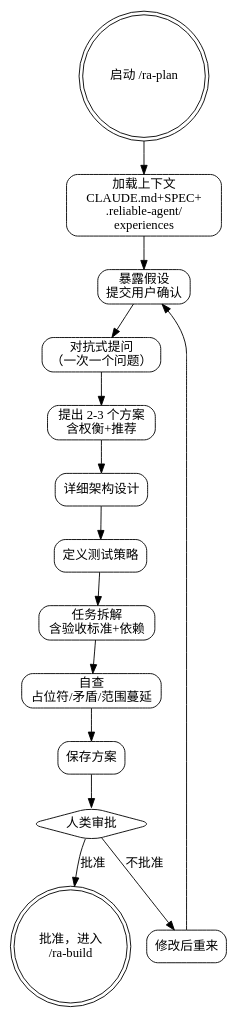
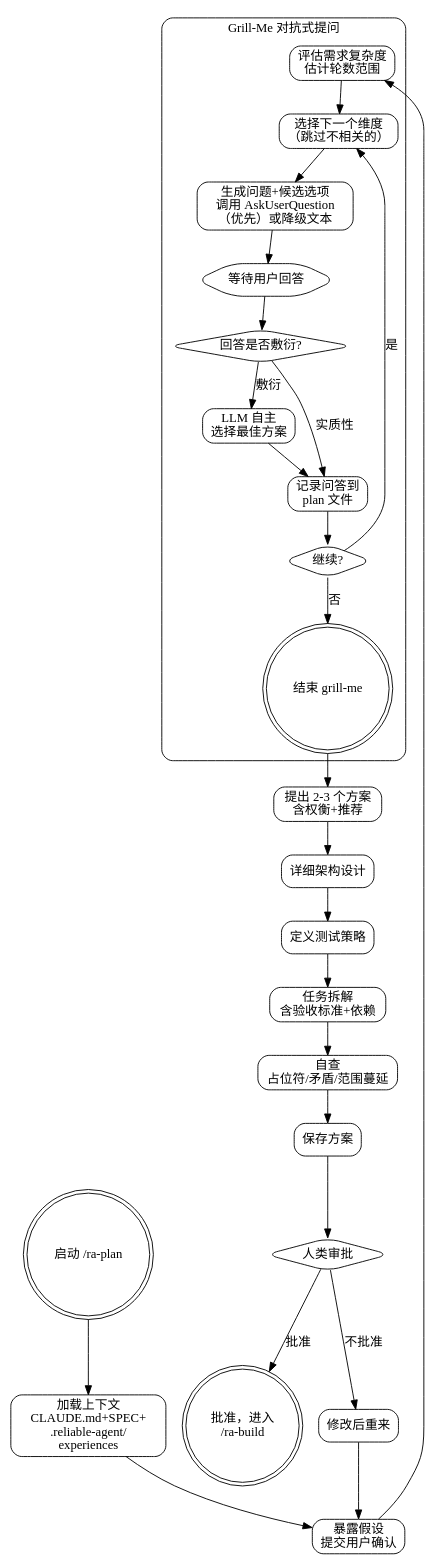
One commit to sueichen/reliable-agent changed the diagram in skills/ra-plan/SKILL.md. Above: the diagram before and after it, drawn with Graphviz. The commit also changed other lines of this file and 1 other file, not shown here.

First line of the commit message:
feat(skills): redesign ra-plan grill-me with structured interaction protocol

````diff
--- a/skills/ra-plan/SKILL.md
+++ b/skills/ra-plan/SKILL.md
@@ -28,34 +28,60 @@
 ```dot
 digraph reliable_plan {
     rankdir=TB;
     node [shape=box, style=rounded];
 
     start [label="启动 /ra-plan", shape=doublecircle];
     context_load [label="加载上下文\nCLAUDE.md+SPEC+\n.reliable-agent/\nexperiences"];
     surface [label="暴露假设\n提交用户确认"];
-    grill [label="对抗式提问\n（一次一个问题）"];
     propose [label="提出 2-3 个方案\n含权衡+推荐"];
+
+    subgraph cluster_grill {
+        label="Grill-Me 对抗式提问";
+        style=rounded;
+        node [shape=box, style=rounded];
+
+        grill_start [label="评估需求复杂度\n估计轮数范围"];
+        grill_pick [label="选择下一个维度\n（跳过不相关的）"];
+        grill_ask [label="生成问题+候选选项\n调用 AskUserQuestion\n（优先）或降级文本"];
+        grill_wait [label="等待用户回答", shape=hexagon];
+        grill_judge [label="回答是否敷衍?", shape=diamond];
+        grill_auto [label="LLM 自主\n选择最佳方案"];
+        grill_record [label="记录问答到\nplan 文件"];
+        grill_more [label="继续?", shape=diamond];
+        grill_end [label="结束 grill-me", shape=doublecircle];
+
+        grill_start -> grill_pick;
+        grill_pick -> grill_ask;
+        grill_ask -> grill_wait;
+        grill_wait -> grill_judge;
+        grill_judge -> grill_auto [label="敷衍"];
+        grill_judge -> grill_record [label="实质性"];
+        grill_auto -> grill_record;
+        grill_record -> grill_more;
+        grill_more -> grill_pick [label="是"];
+        grill_more -> grill_end [label="否"];
+    }
     design [label="详细架构设计"];
     test_strategy [label="定义测试策略"];
     tasks [label="任务拆解\n含验收标准+依赖"];
     self_check [label="自查\n占位符/矛盾/范围蔓延"];
     save [label="保存方案"];
     human_gate [label="人类审批", shape=diamond];
     done [label="批准，进入\n/ra-build", shape=doublecircle];
     loop_back [label="修改后重来"];
 
     start -> context_load;
     context_load -> surface;
-    surface -> grill;
-    grill -> propose;
+    surface -> grill_start;
+    grill_end -> propose;
     propose -> design;
     design -> test_strategy;
     test_strategy -> tasks;
     tasks -> self_check;
     self_check -> save;
     save -> human_gate;
     human_gate -> done [label="批准"];
     human_gate -> loop_back [label="不批准"];
     loop_back -> surface;
 }
 ```
````
